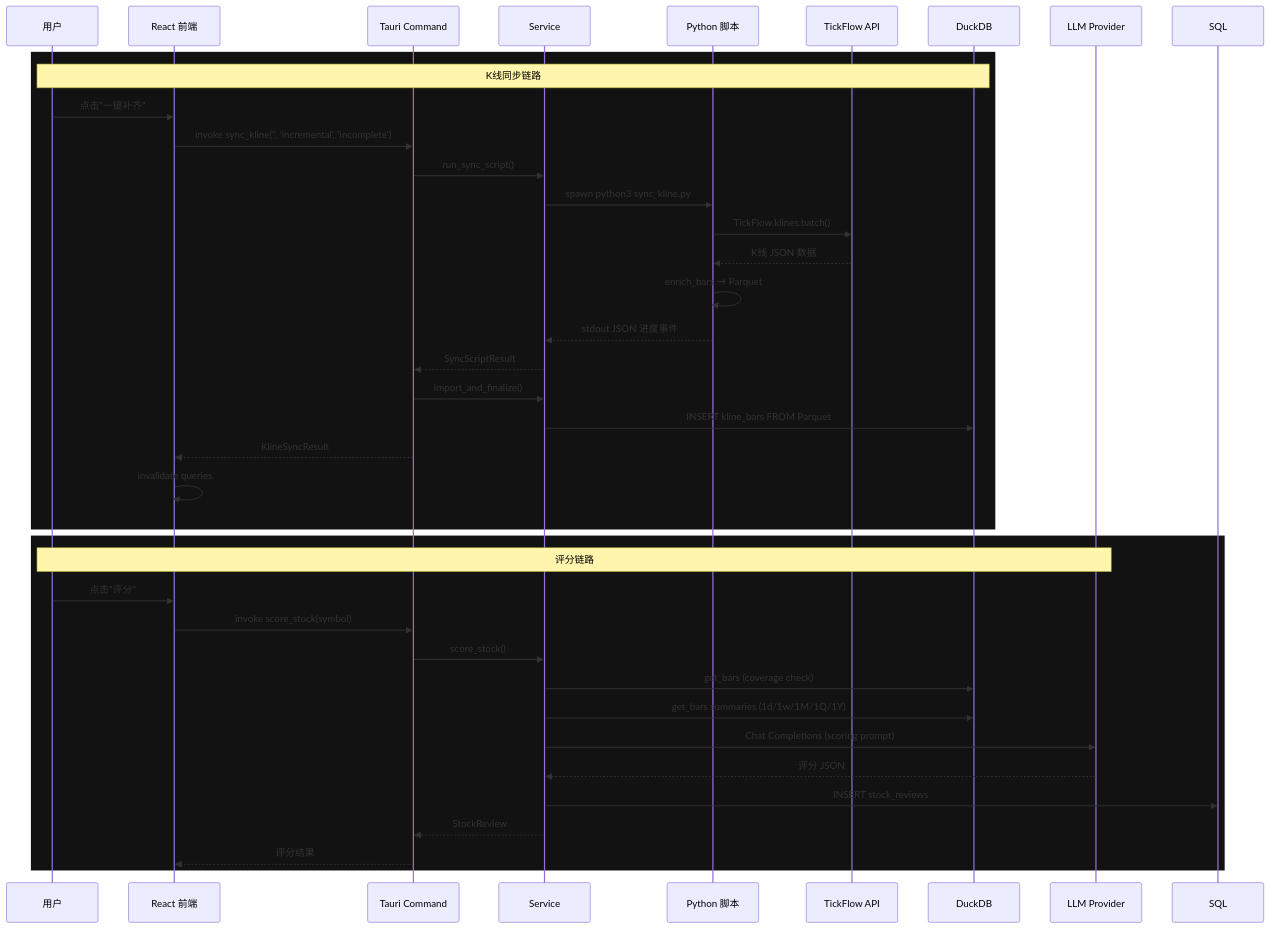
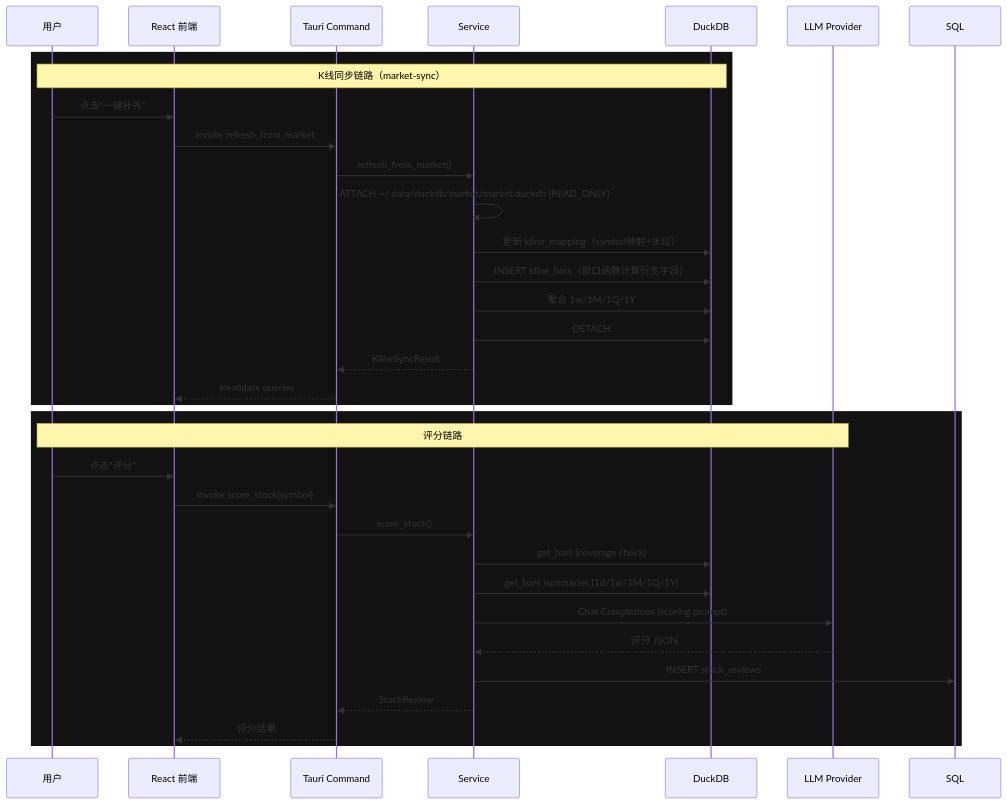
One commit to fanke186/trade-system-0 changed the second of 2 diagrams in docs/architecture.md. Above: the diagram before and after it, drawn with Mermaid. The commit also changed other lines of this file and 3 other files, not shown here.

First line of the commit message:
docs: neat-freak 同步 — 反映 market-sync 重构，删除旧链路与 AO skill 残留

````diff
--- a/docs/architecture.md
+++ b/docs/architecture.md
@@ -201,42 +186,37 @@
 ```mermaid
 sequenceDiagram
     participant U as 用户
     participant FE as React 前端
     participant CMD as Tauri Command
     participant SVC as Service
-    participant PY as Python 脚本
-    participant TF as TickFlow API
     participant DUCK as DuckDB
     participant LLM as LLM Provider
 
     rect rgb(18, 18, 18)
-        Note over U,DUCK: K线同步链路
+        Note over U,DUCK: K线同步链路（market-sync）
         U->>FE: 点击"一键补齐"
-        FE->>CMD: invoke sync_kline('', 'incremental', 'incomplete')
-        CMD->>SVC: run_sync_script()
-        SVC->>PY: spawn python3 sync_kline.py
-        PY->>TF: TickFlow.klines.batch()
-        TF-->>PY: K线 JSON 数据
-        PY->>PY: enrich_bars → Parquet
-        PY-->>SVC: stdout JSON 进度事件
-        SVC-->>CMD: SyncScriptResult
-        CMD->>SVC: import_and_finalize()
-        SVC->>DUCK: INSERT kline_bars FROM Parquet
-        CMD-->>FE: KlineSyncResult
-        FE->>FE: invalidate queries
+        FE->>CMD: invoke refresh_from_market
+        CMD->>SVC: refresh_from_market()
+        SVC->>SVC: ATTACH ~/.data/duckdb/market/market.duckdb (READ_ONLY)
+        SVC->>DUCK: 更新 kline_mapping（symbol映射+水位）
+        SVC->>DUCK: INSERT kline_bars（窗口函数计算衍生字段）
+        SVC->>DUCK: 聚合 1w/1M/1Q/1Y
+        SVC->>DUCK: DETACH
+        SVC-->>CMD: KlineSyncResult
+        CMD-->>FE: invalidate queries
     end
 
     rect rgb(18, 18, 18)
         Note over U,LLM: 评分链路
         U->>FE: 点击"评分"
         FE->>CMD: invoke score_stock(symbol)
         CMD->>SVC: score_stock()
         SVC->>DUCK: get_bars (coverage check)
         SVC->>DUCK: get_bars summaries (1d/1w/1M/1Q/1Y)
         SVC->>LLM: Chat Completions (scoring prompt)
         LLM-->>SVC: 评分 JSON
         SVC->>SQL: INSERT stock_reviews
         SVC-->>CMD: StockReview
         CMD-->>FE: 评分结果
     end
 ```
````
